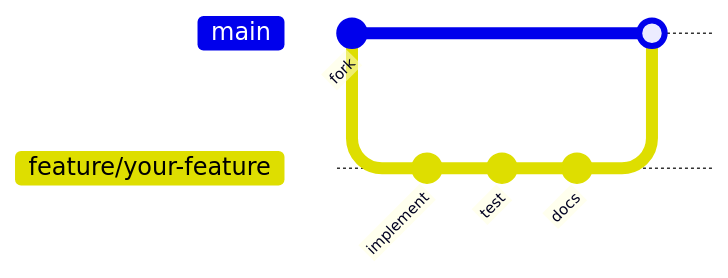
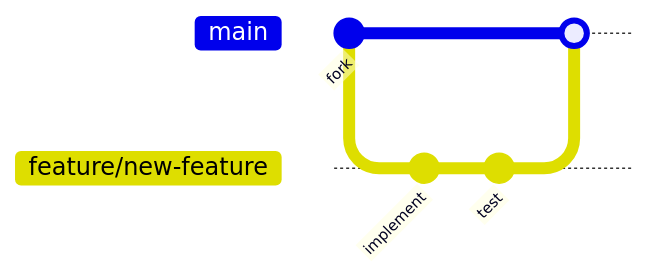
The fifth of 5 diagrams in README.md (phuc2502/sumarizer_youtube), drawn with Mermaid before and after one commit. The commit also changed other lines of this file, not shown here.

````diff
--- a/README.md
+++ b/README.md
@@ -543,11 +480,10 @@
 ```mermaid
 gitGraph
     commit id: "fork"
-    branch feature/your-feature
-    checkout feature/your-feature
+    branch feature/new-feature
+    checkout feature/new-feature
     commit id: "implement"
     commit id: "test"
-    commit id: "docs"
     checkout main
-    merge feature/your-feature
+    merge feature/new-feature
 ```
````
